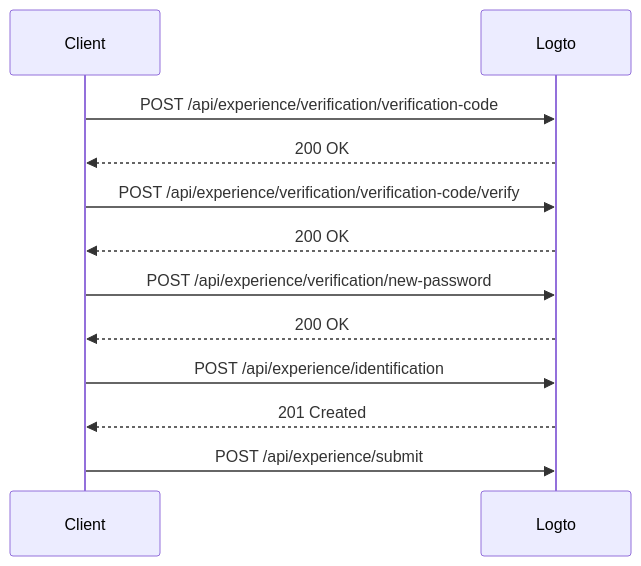
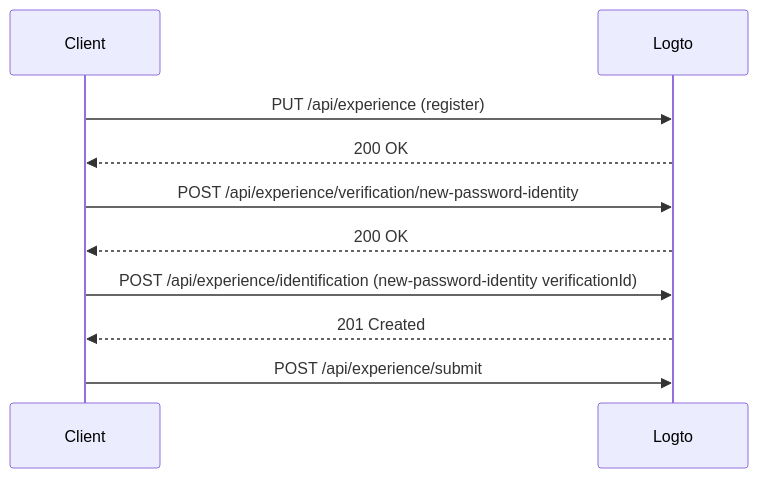
Diagram 17 of 22 in draft/0004-experience-api.md (logto-io/rfcs), drawn with Mermaid before and after one commit. The commit also changed other lines of this file, not shown here.

First line of the commit message:
refactor: update experience API rfc

````diff
--- a/draft/0004-experience-api.md
+++ b/draft/0004-experience-api.md
@@ -851,15 +934,13 @@
 ```mermaid
 sequenceDiagram
     participant C as Client
     participant L as Logto
 
-    C->>L: POST /api/experience/verification/verification-code
+    C->>L: PUT /api/experience (register)
     L-->>C: 200 OK
-    C->>L: POST /api/experience/verification/verification-code/verify
+    C->>L: POST /api/experience/verification/new-password-identity
     L-->>C: 200 OK
-    C->>L: POST /api/experience/verification/new-password
-    L-->>C: 200 OK
-    C->>L: POST /api/experience/identification
+    C->>L: POST /api/experience/identification (new-password-identity verificationId)
     L-->>C: 201 Created
     C->>L: POST /api/experience/submit
 ```
````
